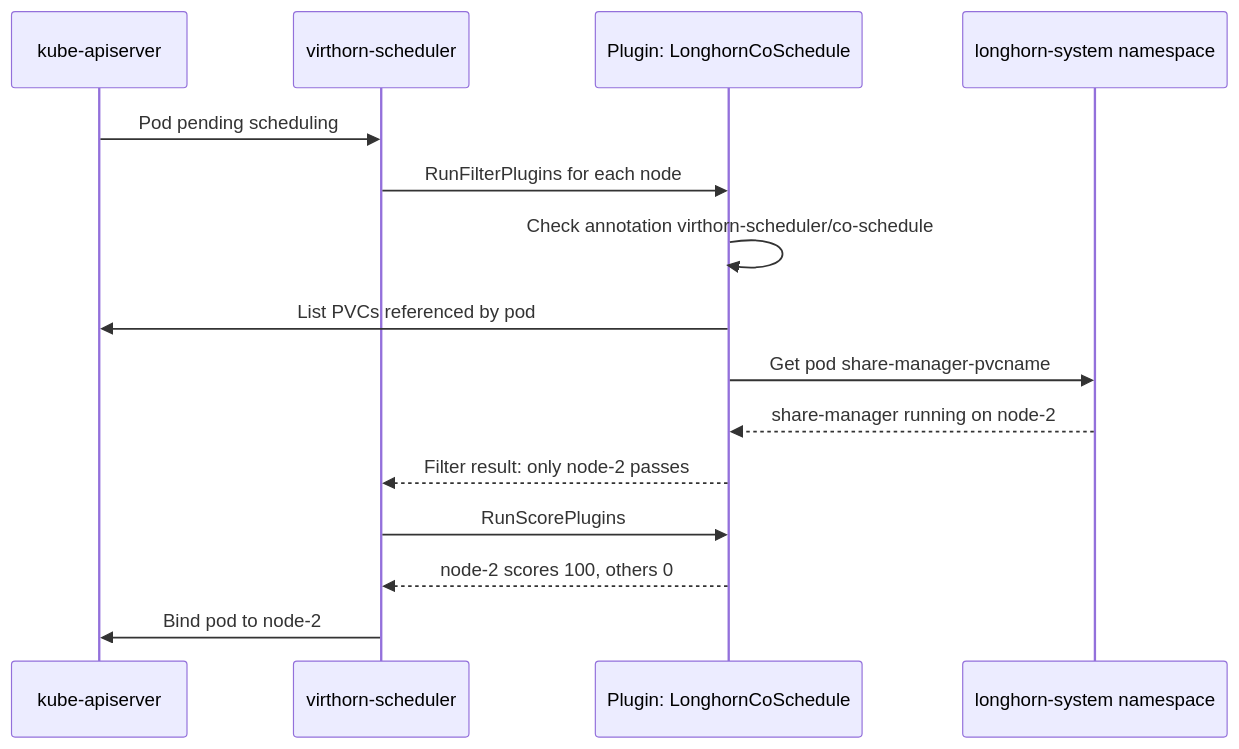
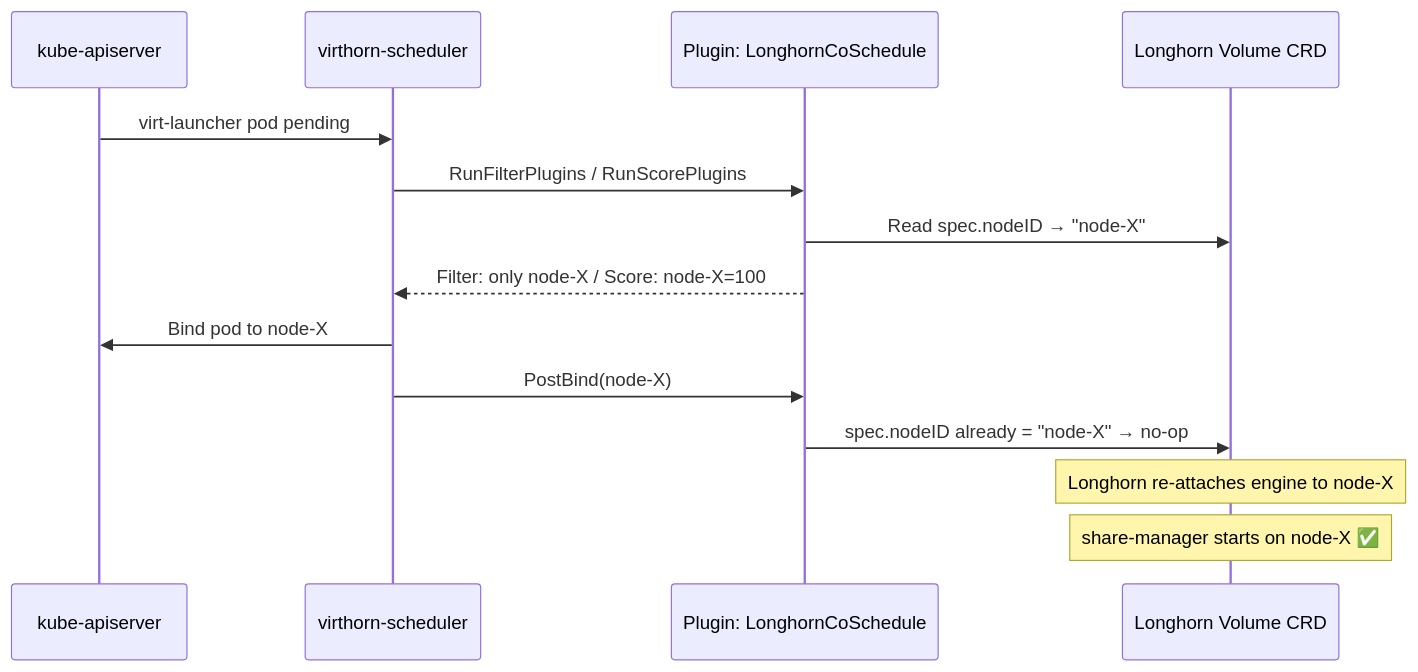
Before and after one commit to MichaelTrip/virthorn-scheduler: the second of 3 diagrams in plans/virthorn-scheduler-plan.md, drawn with Mermaid. The commit also changed other lines of this file and 5 other files, not shown here.

Commit message:
feat: implement PostBind logic for Longhorn Volume CRD to handle cold starts and ensure co-location of share-manager

````diff
--- a/plans/virthorn-scheduler-plan.md
+++ b/plans/virthorn-scheduler-plan.md
@@ -179,18 +194,17 @@
 ```mermaid
 sequenceDiagram
     participant K as kube-apiserver
     participant S as virthorn-scheduler
     participant P as Plugin: LonghornCoSchedule
-    participant L as longhorn-system namespace
+    participant L as Longhorn Volume CRD
 
-    K->>S: Pod pending scheduling
-    S->>P: RunFilterPlugins for each node
-    P->>P: Check annotation virthorn-scheduler/co-schedule
-    P->>K: List PVCs referenced by pod
-    P->>L: Get pod share-manager-pvcname
-    L-->>P: share-manager running on node-2
-    P-->>S: Filter result: only node-2 passes
-    S->>P: RunScorePlugins
-    P-->>S: node-2 scores 100, others 0
-    S->>K: Bind pod to node-2
+    K->>S: virt-launcher pod pending
+    S->>P: RunFilterPlugins / RunScorePlugins
+    P->>L: Read spec.nodeID → "node-X"
+    P-->>S: Filter: only node-X / Score: node-X=100
+    S->>K: Bind pod to node-X
+    S->>P: PostBind(node-X)
+    P->>L: spec.nodeID already = "node-X" → no-op
+    note over L: Longhorn re-attaches engine to node-X
+    note over L: share-manager starts on node-X ✅
 ```
````
